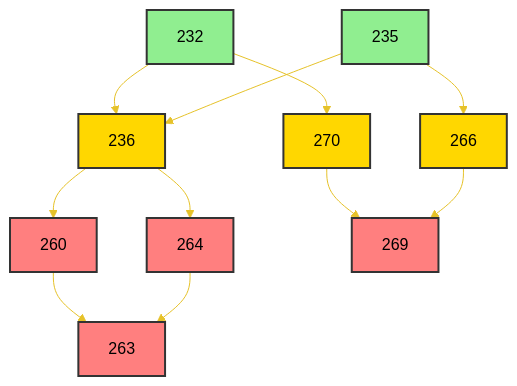
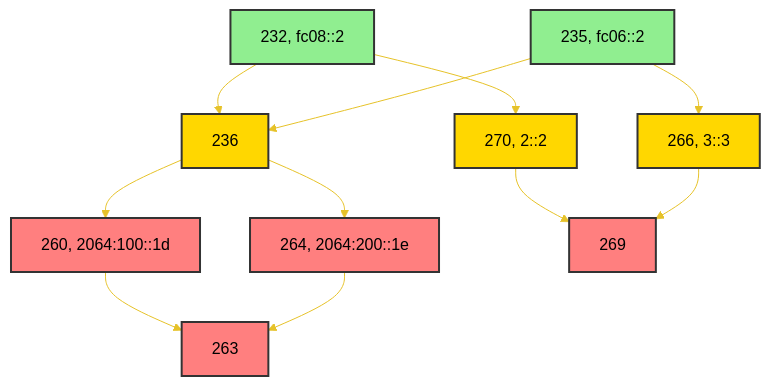
One commit to eddieruan-alibaba/SONiC changed the second of 3 diagrams in doc/ribfib/ribfib_route_convergence.md. Above: the diagram before and after it, drawn with Mermaid. The commit also changed other lines of this file and 1 other file, not shown here.

````diff
--- a/doc/ribfib/ribfib_route_convergence.md
+++ b/doc/ribfib/ribfib_route_convergence.md
@@ -470,35 +655,35 @@
 ```mermaid
 %%{init: {'theme': 'base', 'themeVariables': {'background': '#ffffff', 'primaryTextColor': '#000000', 'secondaryTextColor': '#000000', 'tertiaryTextColor': '#000000', 'nodeTextColor': '#000000', 'lineColor': '#E6C229', 'edgeLabelBackground': '#ffffff', 'primaryBorderColor': '#cccccc'}}}%%
 graph TD
     %% Node Definitions
-    N232["232"]
-    N235["235"]
+    N232["232, fc08::2"]
+    N235["235, fc06::2"]
     N236["236"]
-    N270["270"]
-    N266["266"]
-    N260["260"]
-    N264["264"]
+    N270["270, 2::2"]
+    N266["266, 3::3"]
+    N260["260, 2064:100::1d"]
+    N264["264, 2064:200::1e"]
     N263["263"]
     N269["269"]
 
     %% Dependency Edges
     N232 --> N236
     N232 --> N270
     N235 --> N236
     N235 --> N266
     N236 --> N260
     N236 --> N264
     N270 --> N269
     N266 --> N269
     N260 --> N263
     N264 --> N263
 
     %% Optional Styling for better visualization
     classDef base fill:#90EE90,stroke:#333,stroke-width:2px;
     classDef mid fill:#FFD700,stroke:#333,stroke-width:2px;
     classDef leaf fill:#FF7F7F,stroke:#333,stroke-width:2px;
 
     class N232,N235 base;
     class N236,N270,N266 mid;
     class N260,N264,N263,N269 leaf;
 ```
````
